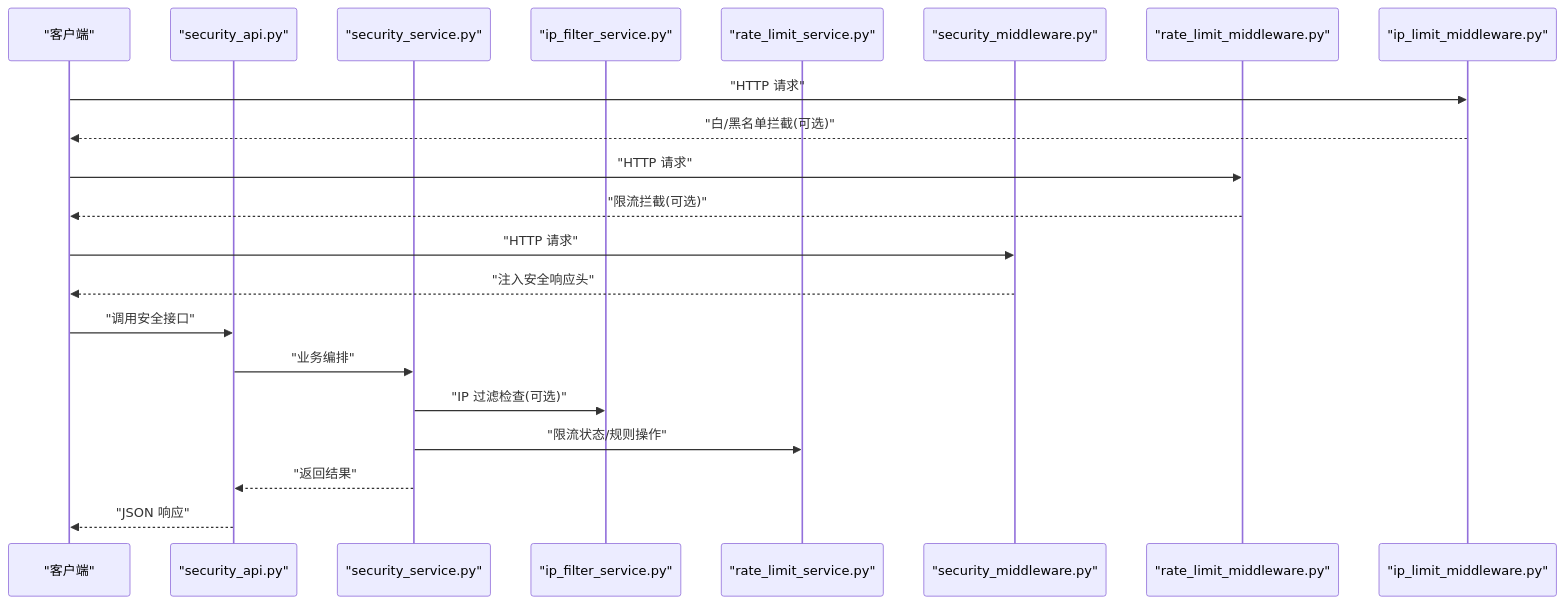
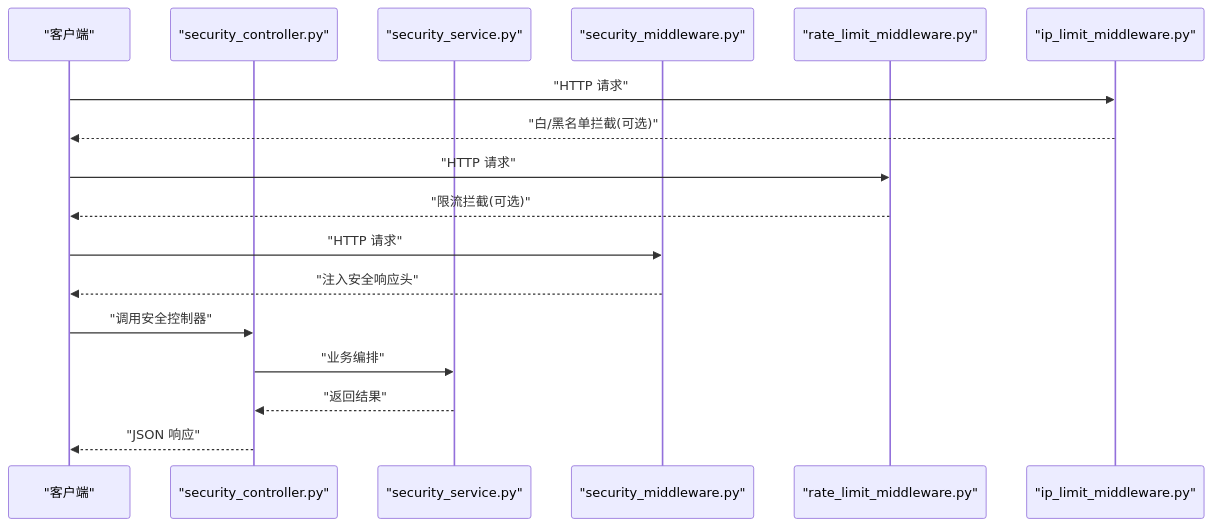
One commit to taoweidong/Hello-Django-Ninja-Api changed the second of 4 diagrams in .qoder/repowiki/zh/content/API 接口文档/安全防护接口.md. Above: the diagram before and after it, drawn with Mermaid. The commit also changed other lines of this file and 7 other files, not shown here.

````diff
--- a/.qoder/repowiki/zh/content/API 接口文档/安全防护接口.md
+++ b/.qoder/repowiki/zh/content/API 接口文档/安全防护接口.md
@@ -138,23 +119,19 @@
 ```mermaid
 sequenceDiagram
 participant C as "客户端"
-participant API as "security_api.py"
+participant CTRL as "security_controller.py"
 participant SVC as "security_service.py"
-participant IPS as "ip_filter_service.py"
-participant RLS as "rate_limit_service.py"
 participant M1 as "security_middleware.py"
 participant M2 as "rate_limit_middleware.py"
 participant M3 as "ip_limit_middleware.py"
 C->>M3 : "HTTP 请求"
 M3-->>C : "白/黑名单拦截(可选)"
 C->>M2 : "HTTP 请求"
 M2-->>C : "限流拦截(可选)"
 C->>M1 : "HTTP 请求"
 M1-->>C : "注入安全响应头"
-C->>API : "调用安全接口"
-API->>SVC : "业务编排"
-SVC->>IPS : "IP 过滤检查(可选)"
-SVC->>RLS : "限流状态/规则操作"
-SVC-->>API : "返回结果"
-API-->>C : "JSON 响应"
+C->>CTRL : "调用安全控制器"
+CTRL->>SVC : "业务编排"
+SVC-->>CTRL : "返回结果"
+CTRL-->>C : "JSON 响应"
 ```
````
